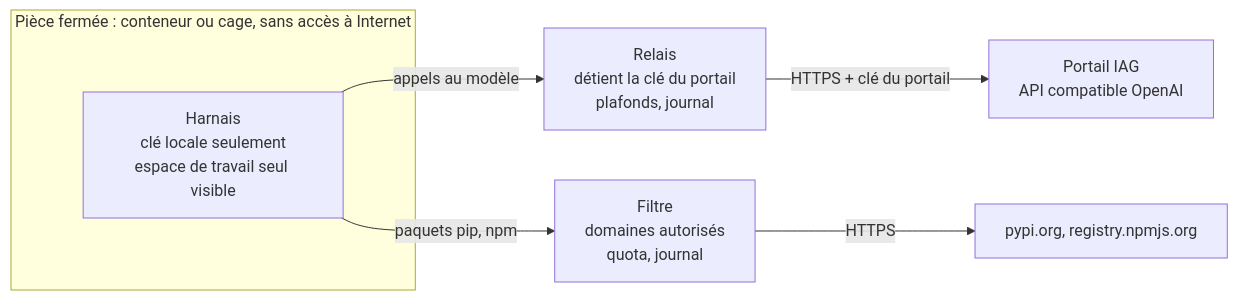
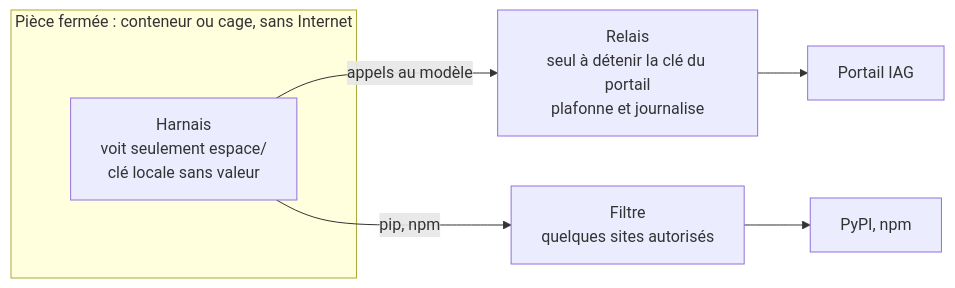
One commit to floSa/Harness-Test-Bench changed the diagram in livrables/kit-harnais-securise/README.md. Above: the diagram before and after it, drawn with Mermaid. The commit also changed other lines of this file and 14 other files, not shown here.

````diff
--- a/livrables/kit-harnais-securise/README.md
+++ b/livrables/kit-harnais-securise/README.md
@@ -56,10 +9,10 @@
 ```mermaid
 flowchart LR
-    subgraph ferme["Pièce fermée : conteneur ou cage, sans accès à Internet"]
-        H["Harnais<br/>clé locale seulement<br/>espace de travail seul visible"]
+    subgraph ferme["Pièce fermée : conteneur ou cage, sans Internet"]
+        H["Harnais<br/>voit seulement espace/<br/>clé locale sans valeur"]
     end
-    H -->|"appels au modèle"| R["Relais<br/>détient la clé du portail<br/>plafonds, journal"]
-    H -->|"paquets pip, npm"| F["Filtre<br/>domaines autorisés<br/>quota, journal"]
-    R -->|"HTTPS + clé du portail"| P["Portail IAG<br/>API compatible OpenAI"]
-    F -->|"HTTPS"| I["pypi.org, registry.npmjs.org"]
+    H -->|"appels au modèle"| R["Relais<br/>seul à détenir la clé du portail<br/>plafonne et journalise"]
+    H -->|"pip, npm"| F["Filtre<br/>quelques sites autorisés"]
+    R --> P["Portail IAG"]
+    F --> I["PyPI, npm"]
 ```
````
